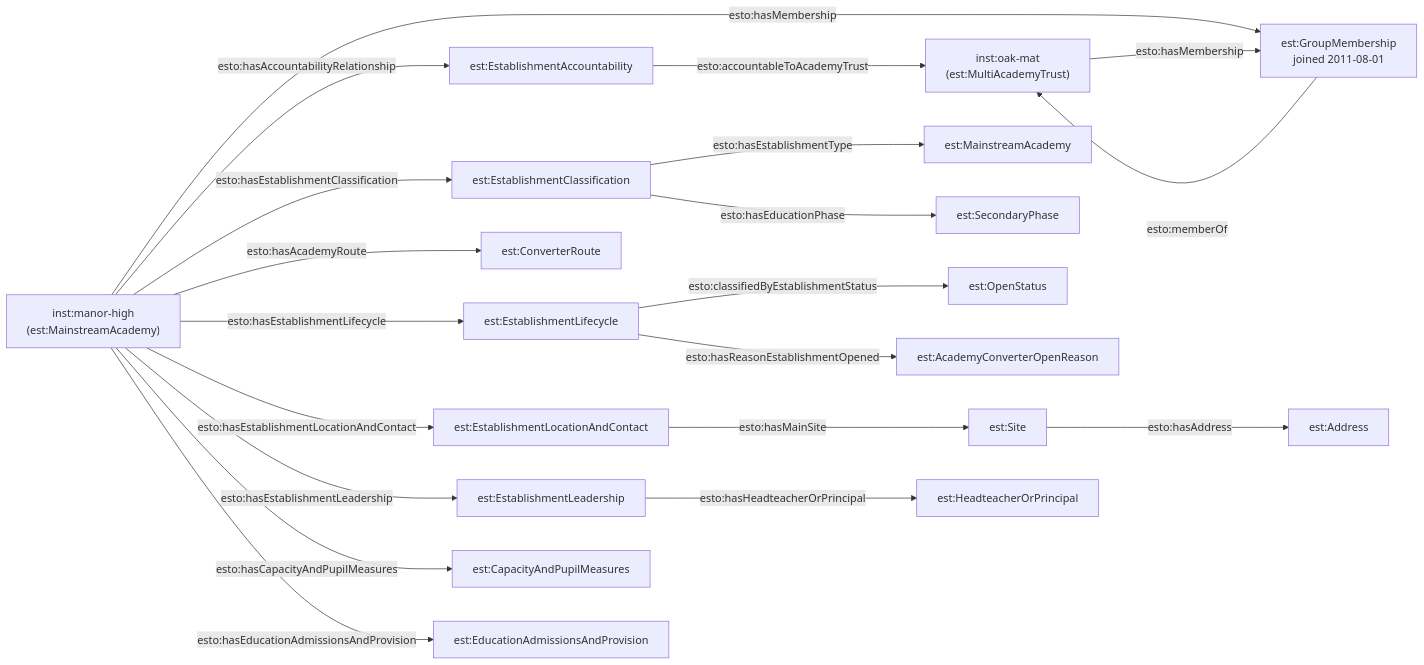
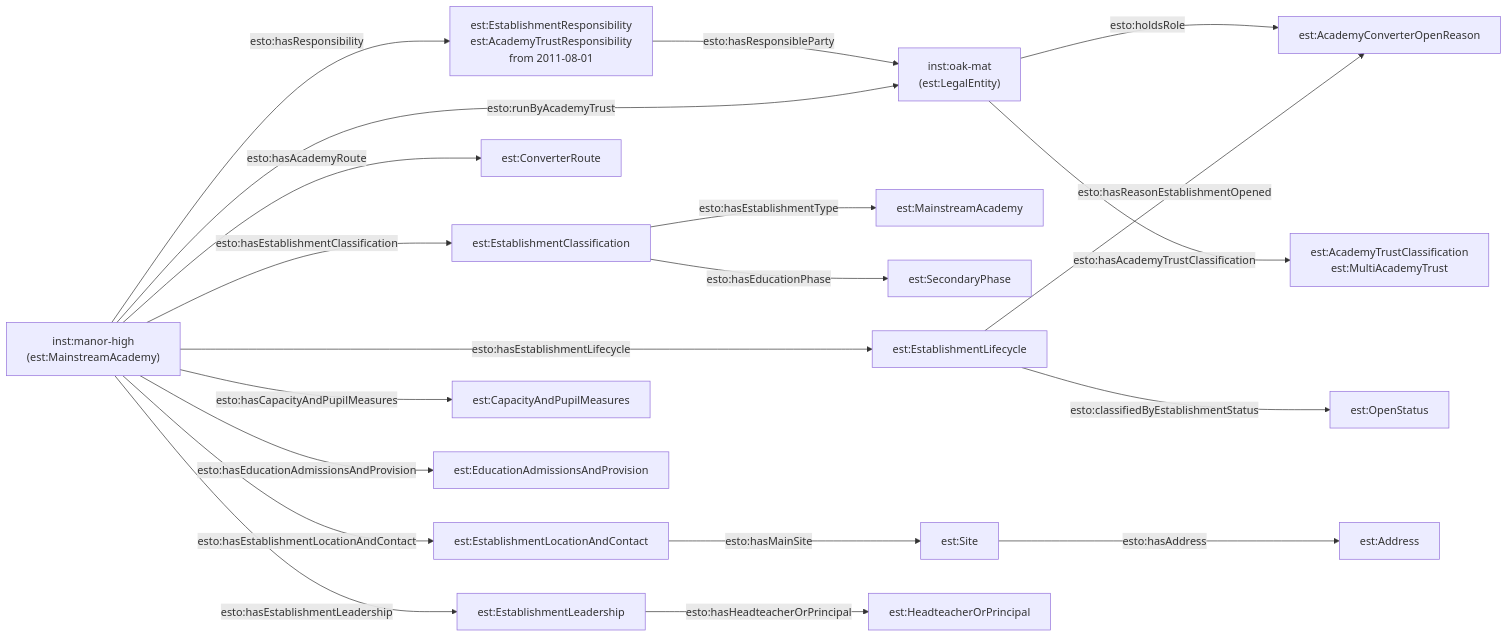
The second of 2 diagrams in docs-site/content/models/establishment/worked-examples/manor-high/index.md (DFE-Digital/education-provider-registry-docs), drawn with Mermaid before and after one commit. The commit also changed other lines of this file and 100 other files, not shown here.

````diff
--- a/docs-site/content/models/establishment/worked-examples/manor-high/index.md
+++ b/docs-site/content/models/establishment/worked-examples/manor-high/index.md
@@ -74,31 +74,31 @@
 ```mermaid
 flowchart LR
-    AT["inst:oak-mat<br/>(est:MultiAcademyTrust)"]
+    AT["inst:oak-mat<br/>(est:LegalEntity)"]
     MH["inst:manor-high<br/>(est:MainstreamAcademy)"]
 
-    AT -->|esto:hasMembership| GM["est:GroupMembership<br/>joined 2011-08-01"]
-    GM -->|esto:memberOf| AT
-    MH -->|esto:hasMembership| GM
+    AT -->|esto:holdsRole| RO["est:RecognisedRole<br/>est:AcademyTrust"]
+    AT -->|esto:hasAcademyTrustClassification| CLS["est:AcademyTrustClassification<br/>est:MultiAcademyTrust"]
 
-    MH -->|esto:hasAccountabilityRelationship| ACC["est:EstablishmentAccountability"]
-    ACC -->|esto:accountableToAcademyTrust| AT
+    MH -->|esto:hasResponsibility| RESP["est:EstablishmentResponsibility<br/>est:AcademyTrustResponsibility<br/>from 2011-08-01"]
+    RESP -->|esto:hasResponsibleParty| AT
+    MH -->|esto:runByAcademyTrust| AT
 
     MH -->|esto:hasEstablishmentClassification| CL["est:EstablishmentClassification"]
     CL -->|esto:hasEstablishmentType| TY["est:MainstreamAcademy"]
     CL -->|esto:hasEducationPhase| PH["est:SecondaryPhase"]
     MH -->|esto:hasAcademyRoute| RT["est:ConverterRoute"]
 
     MH -->|esto:hasEstablishmentLifecycle| LC["est:EstablishmentLifecycle"]
     LC -->|esto:classifiedByEstablishmentStatus| OS["est:OpenStatus"]
     LC -->|esto:hasReasonEstablishmentOpened| RO["est:AcademyConverterOpenReason"]
 
     MH -->|esto:hasEstablishmentLocationAndContact| LOC["est:EstablishmentLocationAndContact"]
     LOC -->|esto:hasMainSite| SITE["est:Site"]
     SITE -->|esto:hasAddress| ADDR["est:Address"]
 
     MH -->|esto:hasEstablishmentLeadership| LEAD["est:EstablishmentLeadership"]
     LEAD -->|esto:hasHeadteacherOrPrincipal| HT["est:HeadteacherOrPrincipal"]
 
     MH -->|esto:hasCapacityAndPupilMeasures| CAP["est:CapacityAndPupilMeasures"]
     MH -->|esto:hasEducationAdmissionsAndProvision| ADM["est:EducationAdmissionsAndProvision"]
 ```
````
